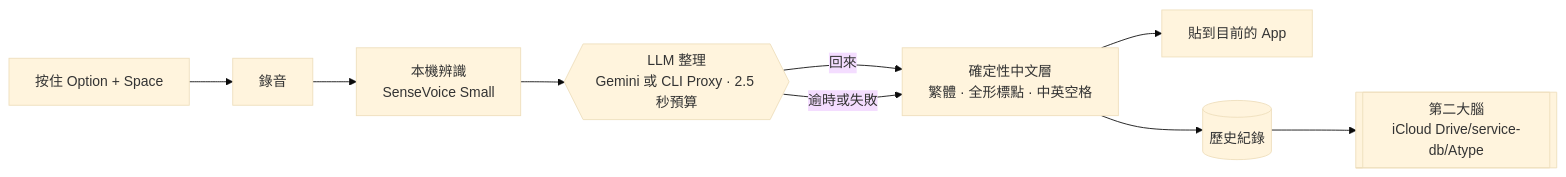
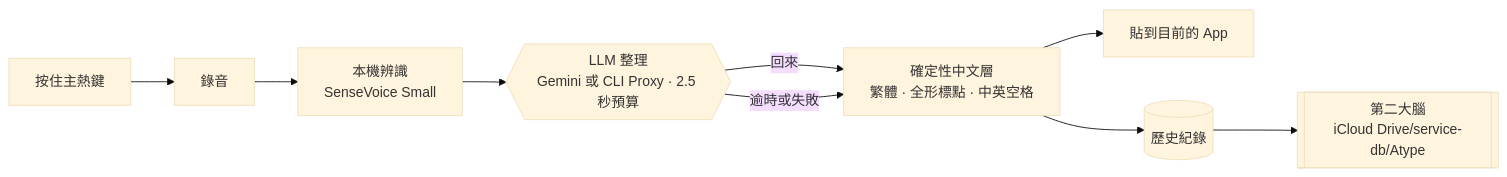
Before and after one commit to yck2024/Atype: the diagram in README.md, drawn with Mermaid (base theme). The commit also changed 30 other files, not shown here.

````diff
--- a/README.md
+++ b/README.md
@@ -41,11 +41,11 @@
 ```mermaid
 flowchart LR
-  K[按住 Option + Space] --> R[錄音]
+  K[按住主熱鍵] --> R[錄音]
   R --> S[本機辨識<br/>SenseVoice Small]
   S --> L{{LLM 整理<br/>Gemini 或 CLI Proxy · 2.5 秒預算}}
   L -->|回來| Z[確定性中文層<br/>繁體 · 全形標點 · 中英空格]
   L -->|逾時或失敗| Z
   Z --> P[貼到目前的 App]
   Z --> H[(歷史紀錄)]
   H --> B[[第二大腦<br/>iCloud Drive/service-db/Atype]]
 ```
````
